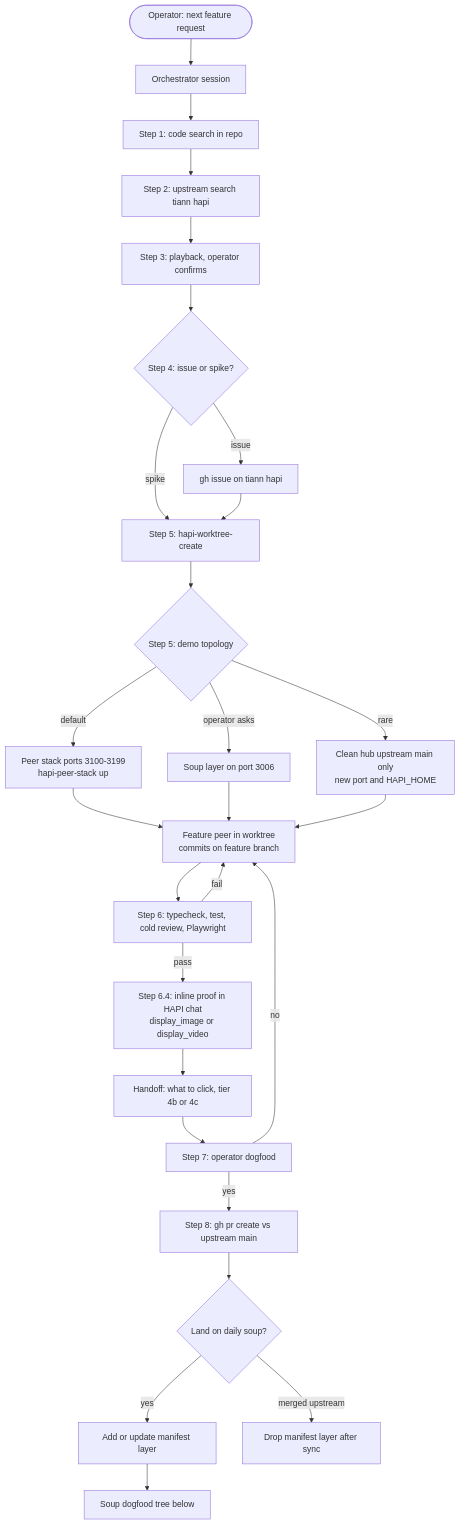
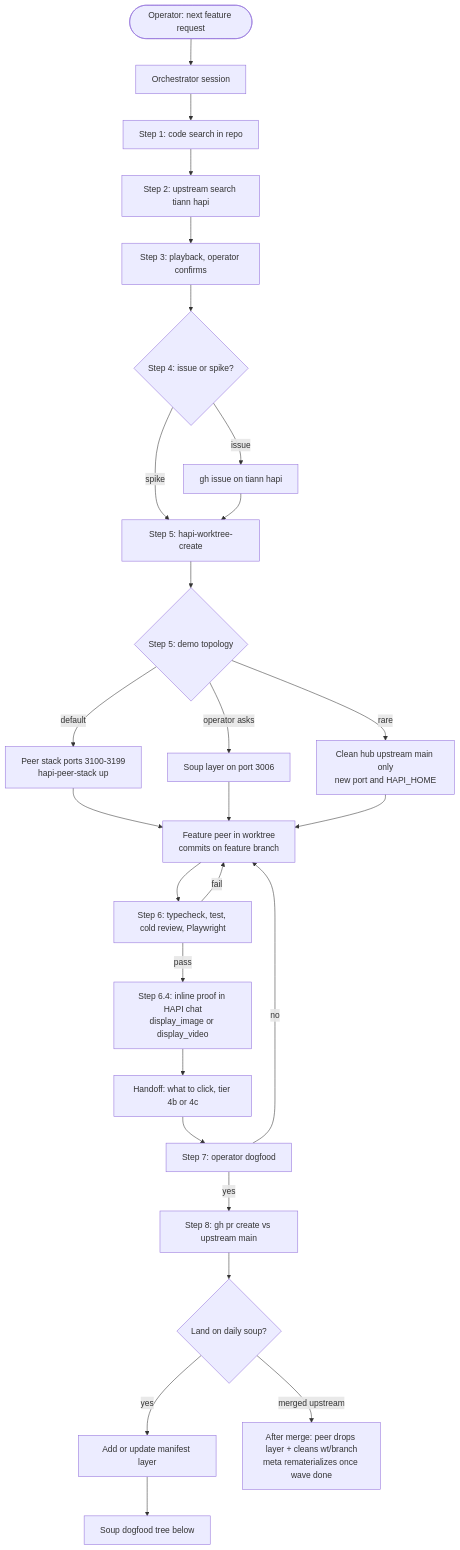
One commit to heavygee/hapi changed the first of 2 diagrams in docs/tooling/feature-work-lifecycle.md. Above: the diagram before and after it, drawn with Mermaid. The commit also changed other lines of this file and 4 other files, not shown here.

````diff
--- a/docs/tooling/feature-work-lifecycle.md
+++ b/docs/tooling/feature-work-lifecycle.md
@@ -48,29 +48,29 @@
 ```mermaid
 flowchart TD
     OP(["Operator: next feature request"]) --> ORCH["Orchestrator session"]
     ORCH --> S01["Step 1: code search in repo"]
     S01 --> S02["Step 2: upstream search tiann hapi"]
     S02 --> S03["Step 3: playback, operator confirms"]
     S03 --> S04{"Step 4: issue or spike?"}
     S04 -->|issue| ISSUE["gh issue on tiann hapi"]
     S04 -->|spike| WT["Step 5: hapi-worktree-create"]
     ISSUE --> WT
     WT --> TOPO{"Step 5: demo topology"}
     TOPO -->|default| PEER["Peer stack ports 3100-3199<br/>hapi-peer-stack up"]
     TOPO -->|operator asks| SOUP["Soup layer on port 3006"]
     TOPO -->|rare| CLEAN["Clean hub upstream main only<br/>new port and HAPI_HOME"]
     PEER --> IMPL["Feature peer in worktree<br/>commits on feature branch"]
     SOUP --> IMPL
     CLEAN --> IMPL
     IMPL --> GATES["Step 6: typecheck, test, cold review, Playwright"]
     GATES -->|fail| IMPL
     GATES -->|pass| INLINE["Step 6.4: inline proof in HAPI chat<br/>display_image or display_video"]
     INLINE --> HAND["Handoff: what to click, tier 4b or 4c"]
     HAND --> DOG["Step 7: operator dogfood"]
     DOG -->|no| IMPL
     DOG -->|yes| PR["Step 8: gh pr create vs upstream main"]
     PR --> SOUP2{"Land on daily soup?"}
     SOUP2 -->|yes| MANIFEST["Add or update manifest layer"]
     MANIFEST --> SOUPTREE["Soup dogfood tree below"]
-    SOUP2 -->|merged upstream| DROP["Drop manifest layer after sync"]
+    SOUP2 -->|merged upstream| DROP["After merge: peer drops layer + cleans wt/branch<br/>meta rematerializes once wave done"]
 ```
````
